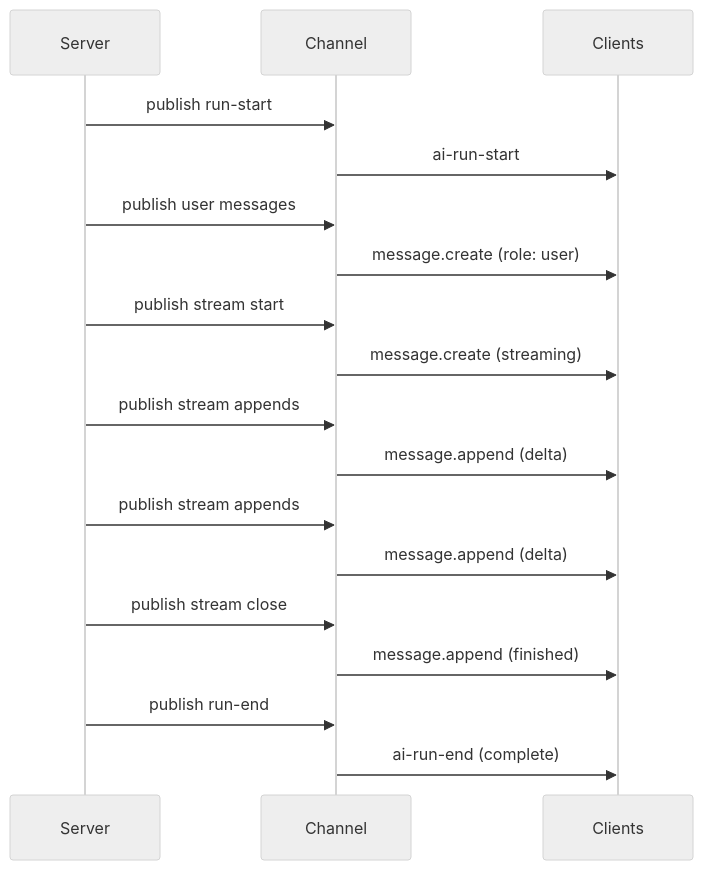
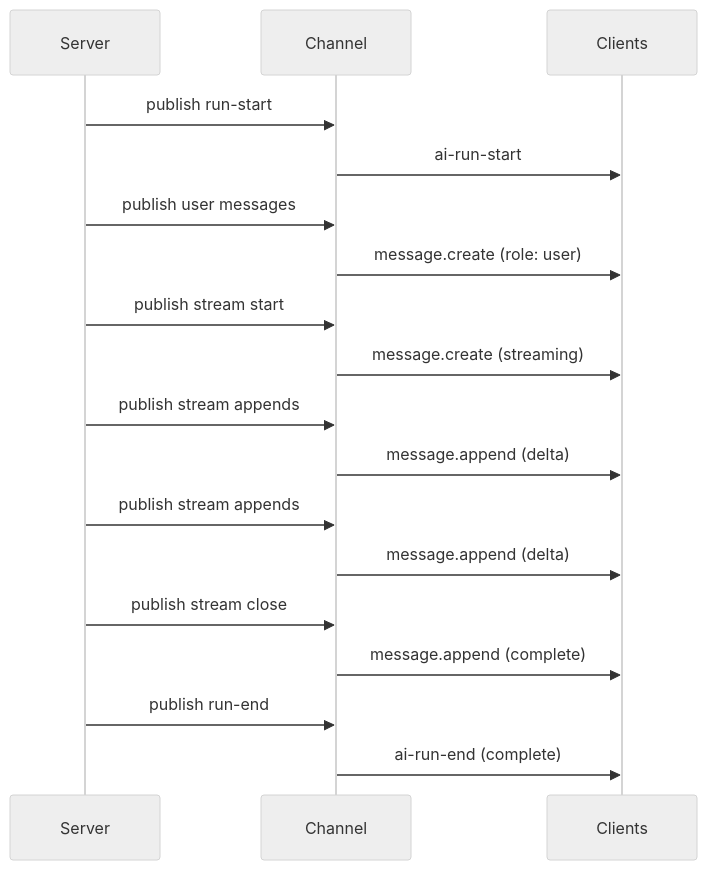
Before and after one commit to ably/ably-ai-transport-js: the first of 2 diagrams in docs/internals/wire-protocol.md, drawn with Mermaid (neutral theme). The commit also changed other lines of this file and 7 other files, not shown here.

First line of the commit message:
Docs: align with stream close status rename "finished" -> "complete"

````diff
--- a/docs/internals/wire-protocol.md
+++ b/docs/internals/wire-protocol.md
@@ -123,24 +123,24 @@
 ```mermaid
 sequenceDiagram
     participant S as Server
     participant Ch as Channel
     participant C as Clients
 
     S->>Ch: publish run-start
     Ch->>C: ai-run-start
 
     S->>Ch: publish user messages
     Ch->>C: message.create (role: user)
 
     S->>Ch: publish stream start
     Ch->>C: message.create (streaming)
     S->>Ch: publish stream appends
     Ch->>C: message.append (delta)
     S->>Ch: publish stream appends
     Ch->>C: message.append (delta)
     S->>Ch: publish stream close
-    Ch->>C: message.append (finished)
+    Ch->>C: message.append (complete)
 
     S->>Ch: publish run-end
     Ch->>C: ai-run-end (complete)
 ```
````
